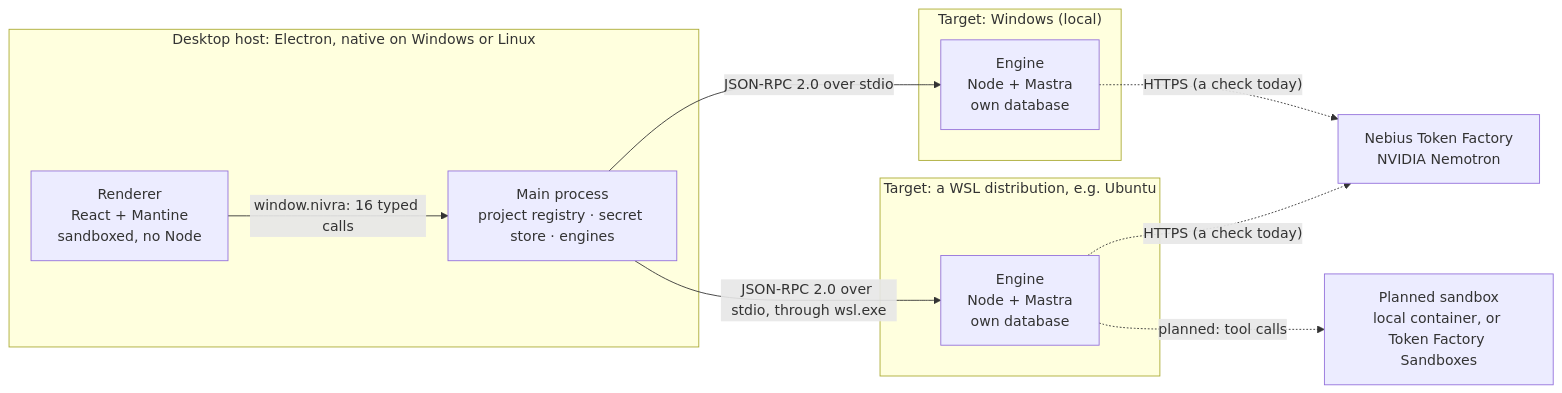
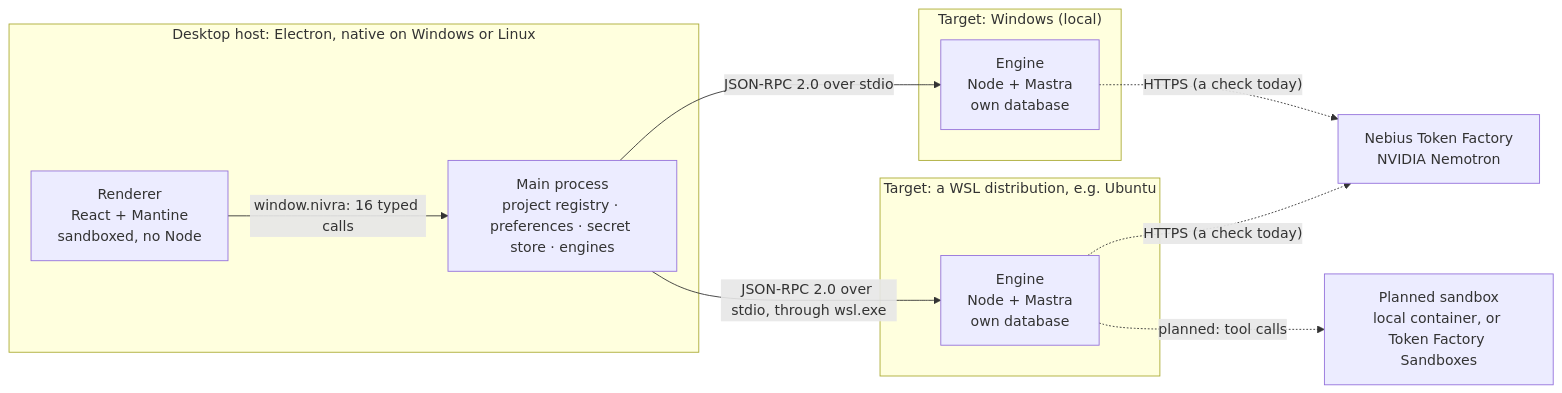
One commit to xXValhallaCoderXx/nivra-orchestrator changed the first of 4 diagrams in system-architecture.md. Above: the diagram before and after it, drawn with Mermaid. The commit also changed other lines of this file and 38 other files, not shown here.

````diff
--- a/system-architecture.md
+++ b/system-architecture.md
@@ -53,19 +61,19 @@
 ```mermaid
 flowchart LR
   subgraph Host["Desktop host: Electron, native on Windows or Linux"]
     R["Renderer<br/>React + Mantine<br/>sandboxed, no Node"]
-    M["Main process<br/>project registry · secret store · engines"]
+    M["Main process<br/>project registry · preferences · secret store · engines"]
     R -- "window.nivra: 16 typed calls" --> M
   end
   subgraph W["Target: Windows (local)"]
     E1["Engine<br/>Node + Mastra<br/>own database"]
   end
   subgraph L["Target: a WSL distribution, e.g. Ubuntu"]
     E2["Engine<br/>Node + Mastra<br/>own database"]
   end
   M -- "JSON-RPC 2.0 over stdio" --> E1
   M -- "JSON-RPC 2.0 over stdio, through wsl.exe" --> E2
   E1 -. "HTTPS (a check today)" .-> TF["Nebius Token Factory<br/>NVIDIA Nemotron"]
   E2 -. "HTTPS (a check today)" .-> TF
   E2 -. "planned: tool calls" .-> SB["Planned sandbox<br/>local container, or Token Factory Sandboxes"]
 ```
````
